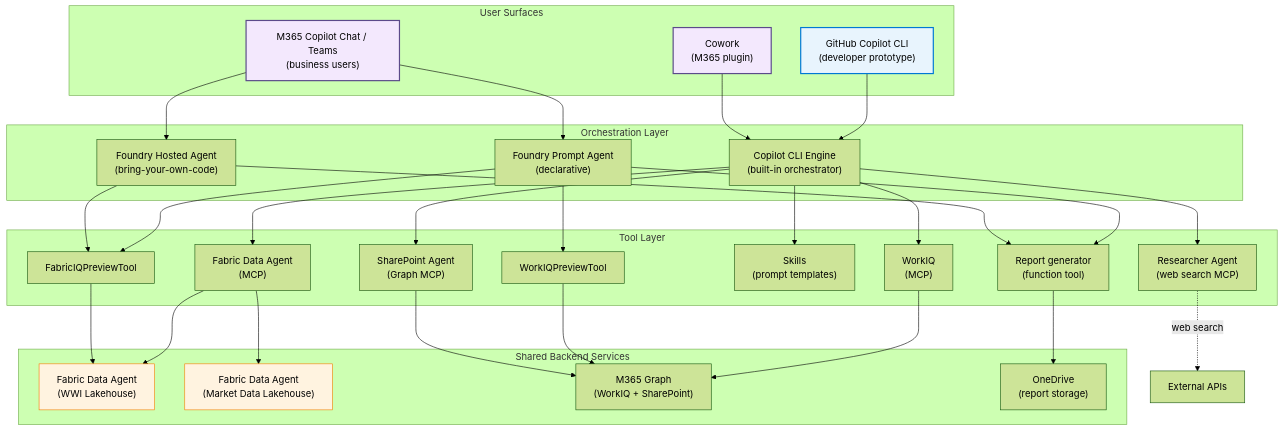
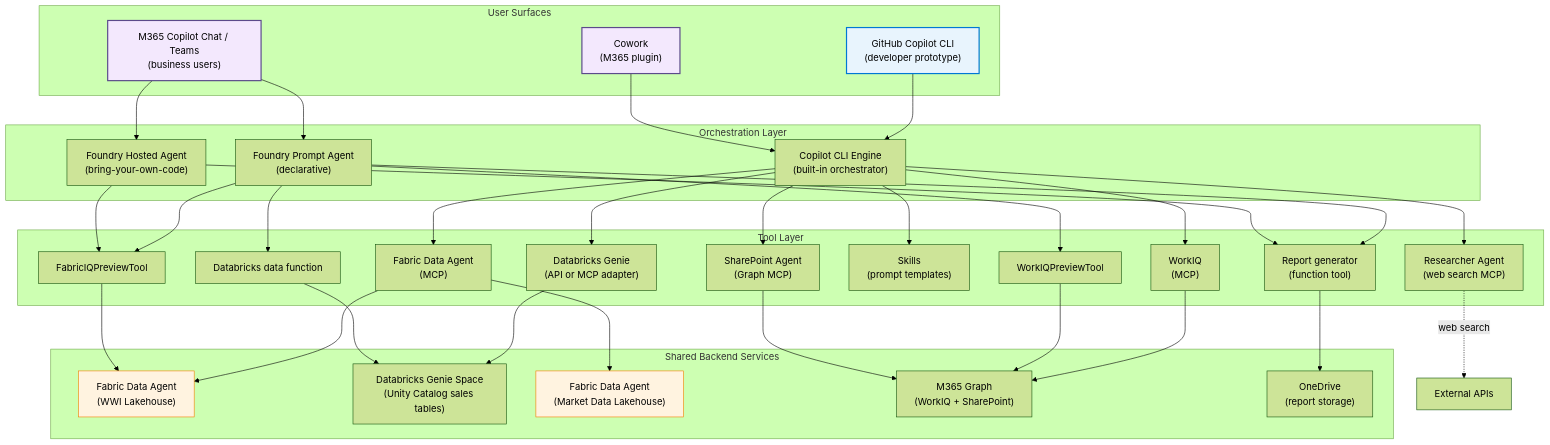
One commit to ericchansen/agent-demo-dev changed the diagram in website/docs/architecture/system-overview.md. Above: the diagram before and after it, drawn with Mermaid (forest theme). The commit also changed other lines of this file and 24 other files, not shown here.

````diff
--- a/website/docs/architecture/system-overview.md
+++ b/website/docs/architecture/system-overview.md
@@ -12,67 +12,74 @@
 ```mermaid
 flowchart TB
     subgraph User["User Surfaces"]
         CLI["GitHub Copilot CLI\n(developer prototype)"]
         M365["M365 Copilot Chat / Teams\n(business users)"]
         Cowork["Cowork\n(M365 plugin)"]
     end
 
     subgraph Orchestration["Orchestration Layer"]
         CopilotEngine["Copilot CLI Engine\n(built-in orchestrator)"]
         FoundryPrompt["Foundry Prompt Agent\n(declarative)"]
         FoundryHosted["Foundry Hosted Agent\n(bring-your-own-code)"]
     end
 
     subgraph Tools["Tool Layer"]
         FDA["Fabric Data Agent\n(MCP)"]
+        GENIE["Databricks Genie\n(API or MCP adapter)"]
         WIQ["WorkIQ\n(MCP)"]
         Researcher["Researcher Agent\n(web search MCP)"]
         SharePoint["SharePoint Agent\n(Graph MCP)"]
         Skills["Skills\n(prompt templates)"]
         FIQ["FabricIQPreviewTool"]
+        DBXTool["Databricks data function"]
         WIQT["WorkIQPreviewTool"]
         ReportFunc["Report generator\n(function tool)"]
     end
 
     subgraph Backend["Shared Backend Services"]
         DA_WWI["Fabric Data Agent\n(WWI Lakehouse)"]
+        DBX["Databricks Genie Space\n(Unity Catalog sales tables)"]
         DA_MKT["Fabric Data Agent\n(Market Data Lakehouse)"]
         Graph["M365 Graph\n(WorkIQ + SharePoint)"]
         OD["OneDrive\n(report storage)"]
     end
 
     CLI --> CopilotEngine
     M365 --> FoundryPrompt
     M365 --> FoundryHosted
     Cowork --> CopilotEngine
 
     CopilotEngine --> FDA
+    CopilotEngine --> GENIE
     CopilotEngine --> WIQ
     CopilotEngine --> Researcher
     CopilotEngine --> SharePoint
     CopilotEngine --> Skills
 
     FoundryPrompt --> FIQ
+    FoundryPrompt --> DBXTool
     FoundryPrompt --> WIQT
     FoundryPrompt --> ReportFunc
 
     FoundryHosted --> FIQ
     FoundryHosted --> ReportFunc
 
     FDA --> DA_WWI
+    GENIE --> DBX
     FDA --> DA_MKT
     FIQ --> DA_WWI
+    DBXTool --> DBX
 
     WIQ --> Graph
     WIQT --> Graph
     SharePoint --> Graph
     Researcher -.->|web search| Web["External APIs"]
 
     ReportFunc --> OD
 
     style CLI fill:#e8f4fd,stroke:#0078d4,stroke-width:2px
     style M365 fill:#f3e8fd,stroke:#5B4B8A,stroke-width:2px
     style Cowork fill:#f3e8fd,stroke:#5B4B8A,stroke-width:2px
     style DA_WWI fill:#fff3e0,stroke:#F57C00
     style DA_MKT fill:#fff3e0,stroke:#F57C00
 ```
````
